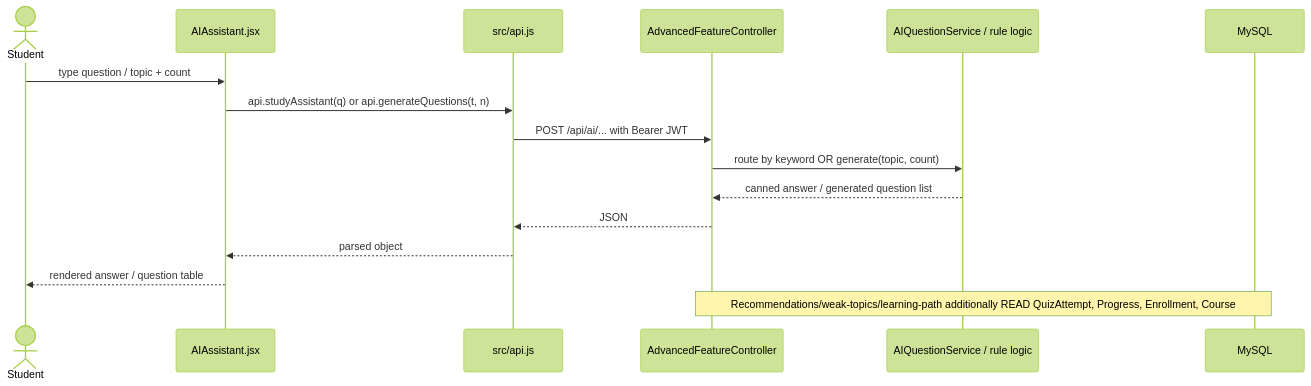
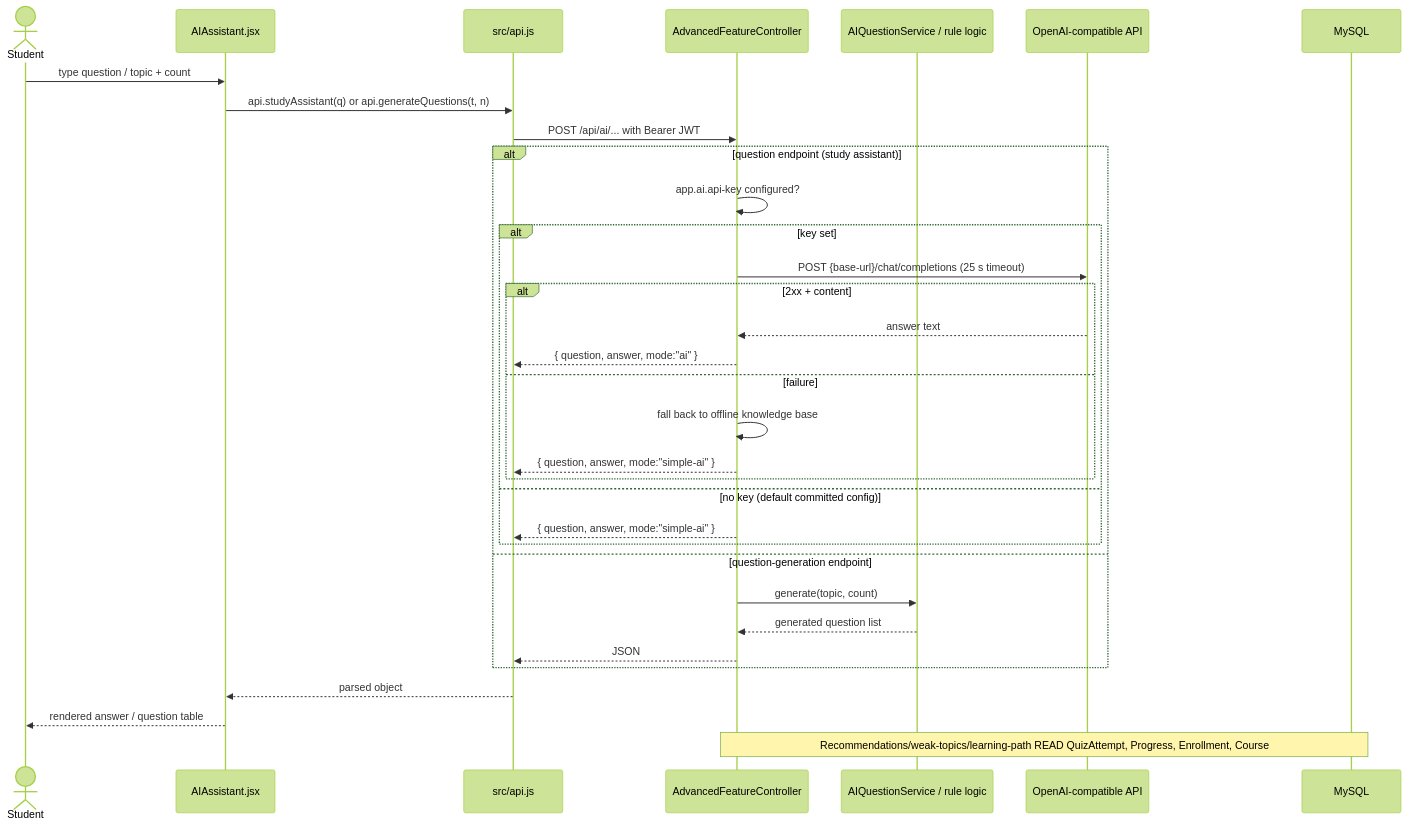
Before and after one commit to RohitDhobi/AI-Smart-LMS-Project-: the second of 3 diagrams in docs/05-AI/AI-ARCHITECTURE.md, drawn with Mermaid (forest theme). The commit also changed other lines of this file, not shown here.

````diff
--- a/docs/05-AI/AI-ARCHITECTURE.md
+++ b/docs/05-AI/AI-ARCHITECTURE.md
@@ -170,19 +190,36 @@
 ```mermaid
 sequenceDiagram
     actor S as Student
     participant UI as AIAssistant.jsx
     participant API as src/api.js
     participant SRV as AdvancedFeatureController
     participant AIC as AIQuestionService / rule logic
+    participant EXT as OpenAI-compatible API
     participant DB as MySQL
 
     S->>UI: type question / topic + count
     UI->>API: api.studyAssistant(q) or api.generateQuestions(t, n)
     API->>SRV: POST /api/ai/... with Bearer JWT
-    SRV->>AIC: route by keyword OR generate(topic, count)
-    AIC-->>SRV: canned answer / generated question list
-    SRV-->>API: JSON
+    alt question endpoint (study assistant)
+        SRV->>SRV: app.ai.api-key configured?
+        alt key set
+            SRV->>EXT: POST {base-url}/chat/completions (25 s timeout)
+            alt 2xx + content
+                EXT-->>SRV: answer text
+                SRV-->>API: { question, answer, mode:"ai" }
+            else failure
+                SRV->>SRV: fall back to offline knowledge base
+                SRV-->>API: { question, answer, mode:"simple-ai" }
+            end
+        else no key (default committed config)
+            SRV-->>API: { question, answer, mode:"simple-ai" }
+        end
+    else question-generation endpoint
+        SRV->>AIC: generate(topic, count)
+        AIC-->>SRV: generated question list
+        SRV-->>API: JSON
+    end
     API-->>UI: parsed object
     UI-->>S: rendered answer / question table
-    Note over SRV,DB: Recommendations/weak-topics/learning-path additionally READ QuizAttempt, Progress, Enrollment, Course
+    Note over SRV,DB: Recommendations/weak-topics/learning-path READ QuizAttempt, Progress, Enrollment, Course
 ```
````
